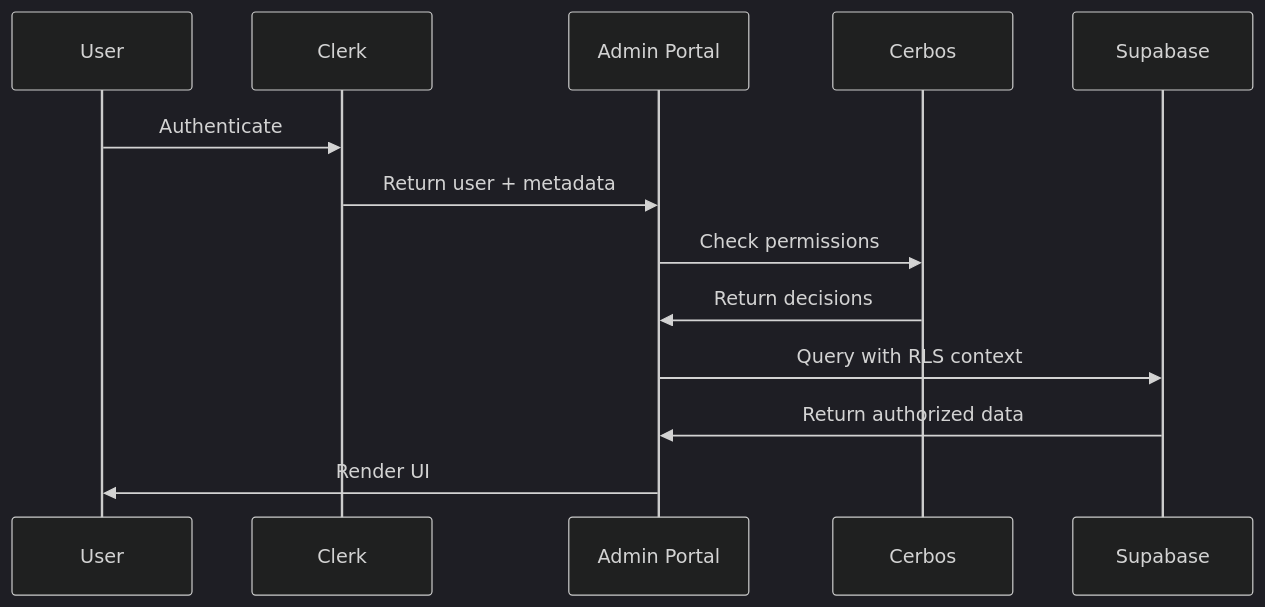
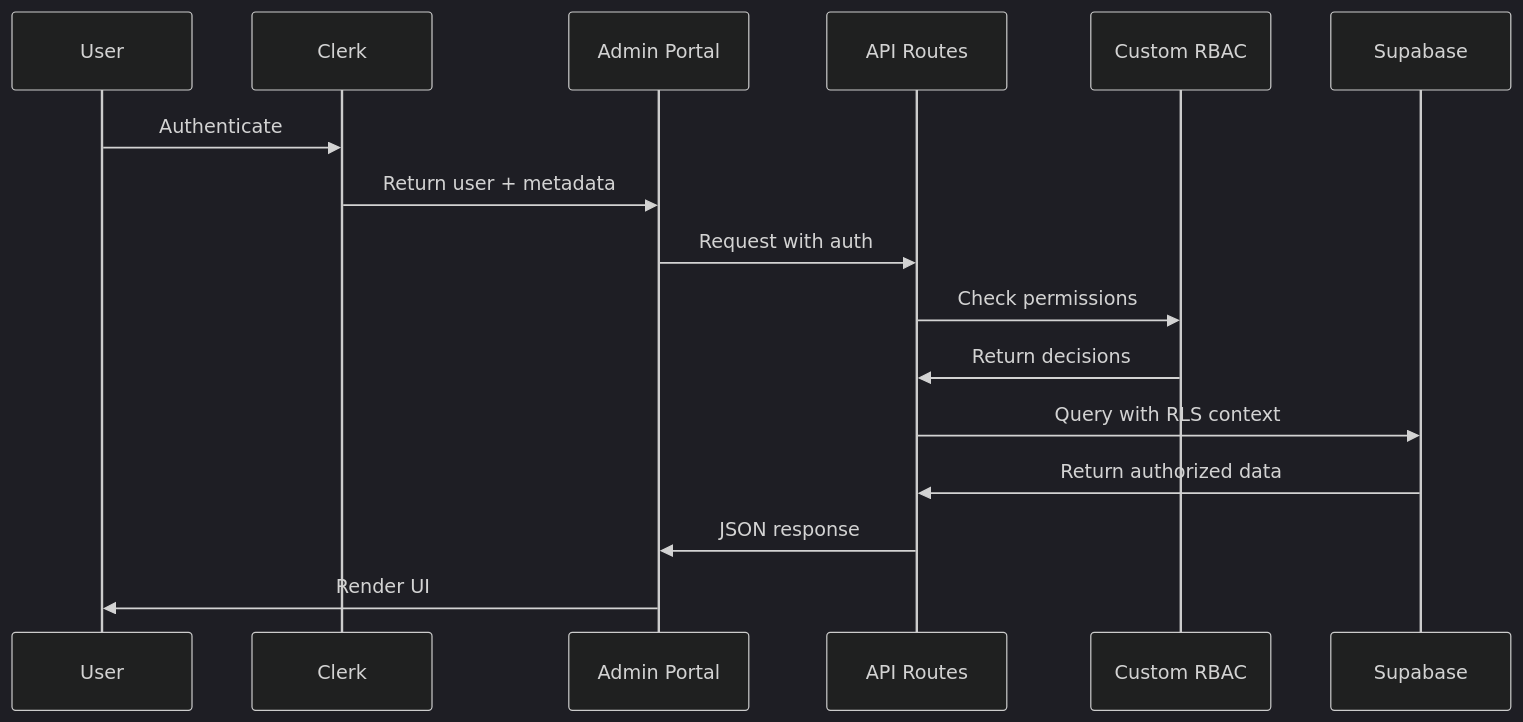
Before and after one commit to iflastandards/platform: the second of 4 diagrams in system-design-docs/02-data-architecture.md, drawn with Mermaid (dark theme). The commit also changed other lines of this file and 46 other files, not shown here.

````diff
--- a/system-design-docs/02-data-architecture.md
+++ b/system-design-docs/02-data-architecture.md
@@ -338,16 +346,19 @@
 ```mermaid
 sequenceDiagram
     participant U as User
     participant C as Clerk
     participant A as Admin Portal
-    participant CB as Cerbos
+    participant API as API Routes
+    participant RBAC as Custom RBAC
     participant S as Supabase
 
     U->>C: Authenticate
     C->>A: Return user + metadata
-    A->>CB: Check permissions
-    CB->>A: Return decisions
-    A->>S: Query with RLS context
-    S->>A: Return authorized data
+    A->>API: Request with auth
+    API->>RBAC: Check permissions
+    RBAC->>API: Return decisions
+    API->>S: Query with RLS context
+    S->>API: Return authorized data
+    API->>A: JSON response
     A->>U: Render UI
 ```
````
